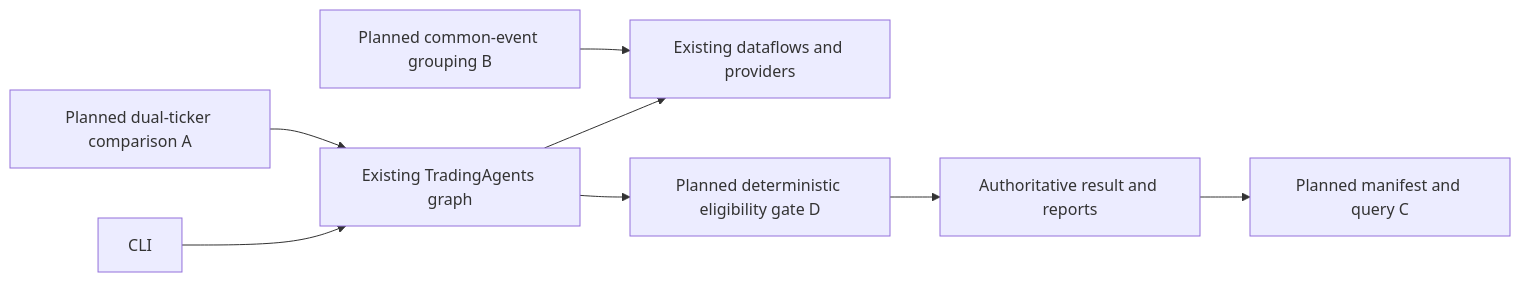
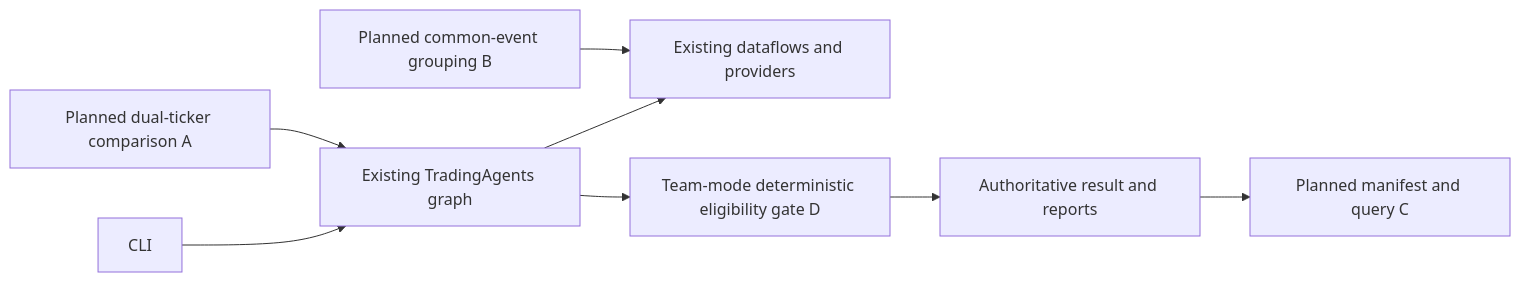
The diagram in docs/architecture/architecture-blueprint.md (sui-feng-cb/CS5351-TradingAgents), drawn with Mermaid before and after one commit. The commit also changed other lines of this file and 34 other files, not shown here.

Commit message:
feat(D): implement deterministic team decision eligibility gate

````diff
--- a/docs/architecture/architecture-blueprint.md
+++ b/docs/architecture/architecture-blueprint.md
@@ -12,10 +13,10 @@
 ```mermaid
 flowchart LR
   CLI[CLI] --> Graph[Existing TradingAgents graph]
   Graph --> Sources[Existing dataflows and providers]
-  Graph --> D[Planned deterministic eligibility gate D]
+  Graph --> D[Team-mode deterministic eligibility gate D]
   D --> Reports[Authoritative result and reports]
   A[Planned dual-ticker comparison A] --> Graph
   B[Planned common-event grouping B] --> Sources
   Reports --> C[Planned manifest and query C]
 ```
````
